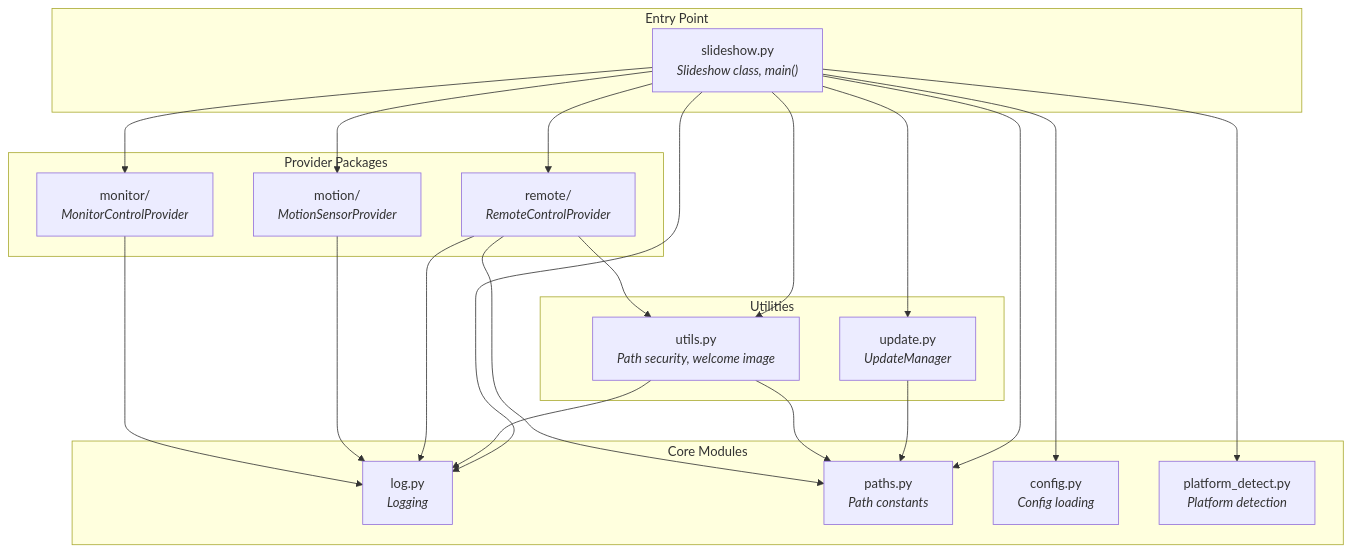
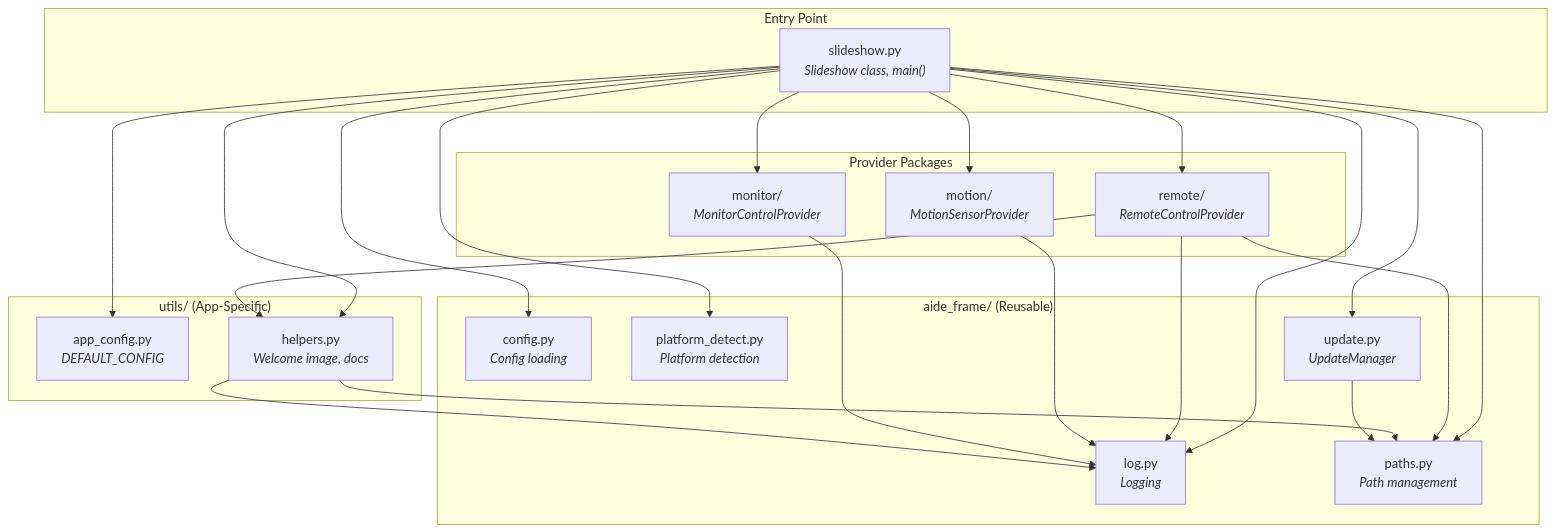
The diagram in app/docs/implementation/index.md (aide-examples/aide-slideshow), drawn with Mermaid before and after one commit. The commit also changed other lines of this file, not shown here.

First line of the commit message:
Update implementation docs for aide_frame structure, bump to v1.1.0

````diff
--- a/app/docs/implementation/index.md
+++ b/app/docs/implementation/index.md
@@ -30,45 +38,51 @@
 ```mermaid
 flowchart TB
-    subgraph Core["Core Modules"]
+    subgraph Framework["aide_frame/ (Reusable)"]
         log["log.py<br/><i>Logging</i>"]
-        paths["paths.py<br/><i>Path constants</i>"]
+        paths["paths.py<br/><i>Path management</i>"]
         config["config.py<br/><i>Config loading</i>"]
         platform["platform_detect.py<br/><i>Platform detection</i>"]
+        update["update.py<br/><i>UpdateManager</i>"]
+    end
+
+    subgraph AppUtils["utils/ (App-Specific)"]
+        app_config["app_config.py<br/><i>DEFAULT_CONFIG</i>"]
+        helpers["helpers.py<br/><i>Welcome image, docs</i>"]
     end
 
     subgraph Providers["Provider Packages"]
         monitor["monitor/<br/><i>MonitorControlProvider</i>"]
         motion["motion/<br/><i>MotionSensorProvider</i>"]
         remote["remote/<br/><i>RemoteControlProvider</i>"]
     end
 
-    subgraph Utilities["Utilities"]
-        utils["utils.py<br/><i>Path security, welcome image</i>"]
-        update["update.py<br/><i>UpdateManager</i>"]
-    end
-
     subgraph Main["Entry Point"]
         slideshow["slideshow.py<br/><i>Slideshow class, main()</i>"]
     end
 
-    %% Core dependencies
+    %% Framework internal
+    update --> paths
+
+    %% App utils depend on framework
+    helpers --> log
+    helpers --> paths
+
+    %% Providers depend on framework
     monitor --> log
     motion --> log
     remote --> log
     remote --> paths
-    remote --> utils
-    utils --> log
-    utils --> paths
-    update --> paths
+    remote --> helpers
 
     %% Main imports everything
     slideshow --> log
     slideshow --> paths
     slideshow --> config
     slideshow --> platform
+    slideshow --> update
+    slideshow --> app_config
+    slideshow --> helpers
     slideshow --> monitor
     slideshow --> motion
     slideshow --> remote
-    slideshow --> update
-    slideshow --> utils
 ```
````
